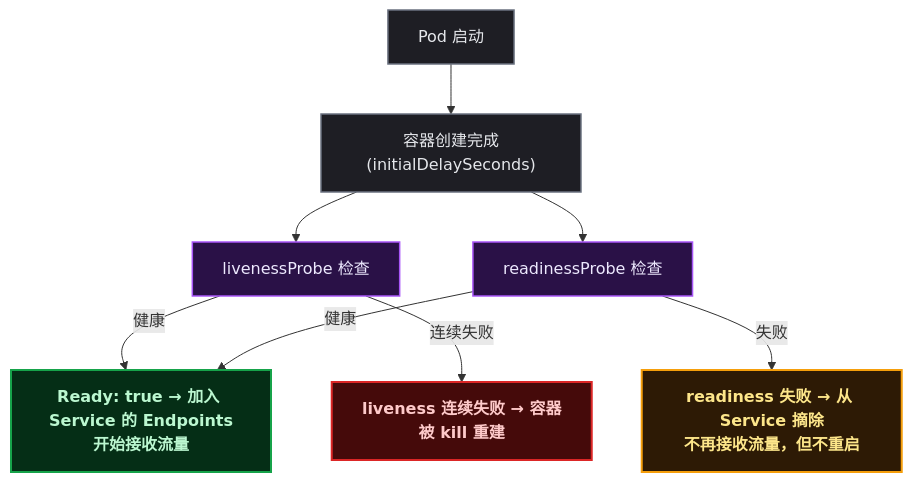
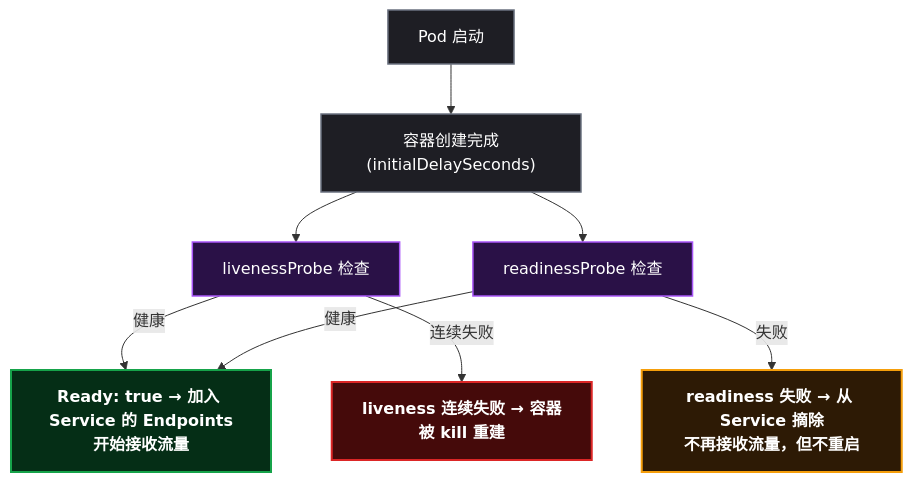
One commit to yaocat55/yaocat55.github.io changed the second of 3 diagrams in content/posts/kubernetes/FirstK8sApplication.md. Above: the diagram before and after it, drawn with Mermaid. The commit also changed other lines of this file and 27 other files, not shown here.

Commit message:
docs: 全系列 93 张 Mermaid 图 classDef 改为 style 强制深底白字(修复部分渲染器白底浅字)+历史文件格式清理

````diff
--- a/content/posts/kubernetes/FirstK8sApplication.md
+++ b/content/posts/kubernetes/FirstK8sApplication.md
@@ -385,33 +377,25 @@
 ```mermaid
 flowchart TD
   START["Pod 启动"]
   INIT["容器创建完成&#xa(initialDelaySeconds)"]
   LIVENESS["livenessProbe 检查"]
   READINESS["readinessProbe 检查"]
   READY["Ready: true → 加入 Service 的 Endpoints&#xa开始接收流量"]
   DEAD["liveness 连续失败 → 容器被 kill 重建"]
   NOT_READY["readiness 失败 → 从 Service 摘除&#xa不再接收流量，但不重启"]
 
   START --> INIT
   INIT --> LIVENESS
   INIT --> READINESS
   LIVENESS -->|"健康"| READY
   LIVENESS -->|"连续失败"| DEAD
   READINESS -->|"健康"| READY
   READINESS -->|"失败"| NOT_READY
-
-classDef start fill:#1e1e24,stroke:#6b7280,stroke-width:1.5px,color:#e5e7eb;
-  class START,INIT start
-
-classDef ok fill:#052e16,stroke:#16a34a,stroke-width:2px,color:#bbf7d0,font-weight:bold;
-  class READY ok
-
-classDef bad fill:#450a0a,stroke:#dc2626,stroke-width:2px,color:#fecaca,font-weight:bold;
-  class DEAD bad
-
-classDef warn fill:#2d1a05,stroke:#f59e0b,stroke-width:2px,color:#fde68a,font-weight:bold;
-  class NOT_READY warn
-
-classDef probe fill:#2a1147,stroke:#a855f7,stroke-width:1.5px,color:#ede9fe;
-  class LIVENESS,READINESS probe
+    style START fill:#1e1e24,stroke:#6b7280,stroke-width:1.5px,color:#ffffff
+    style INIT fill:#1e1e24,stroke:#6b7280,stroke-width:1.5px,color:#ffffff
+    style READY fill:#052e16,stroke:#16a34a,stroke-width:2px,color:#ffffff,font-weight:bold
+    style DEAD fill:#450a0a,stroke:#dc2626,stroke-width:2px,color:#ffffff,font-weight:bold
+    style NOT_READY fill:#2d1a05,stroke:#f59e0b,stroke-width:2px,color:#ffffff,font-weight:bold
+    style LIVENESS fill:#2a1147,stroke:#a855f7,stroke-width:1.5px,color:#ffffff
+    style READINESS fill:#2a1147,stroke:#a855f7,stroke-width:1.5px,color:#ffffff
 ```
````
